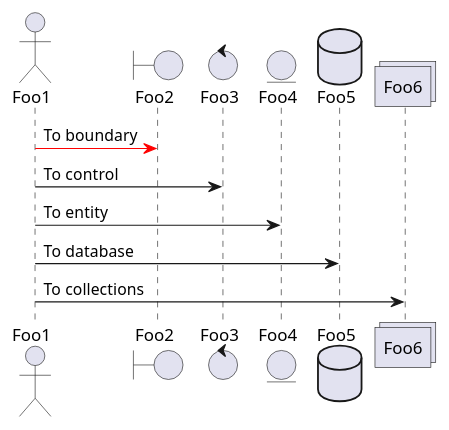
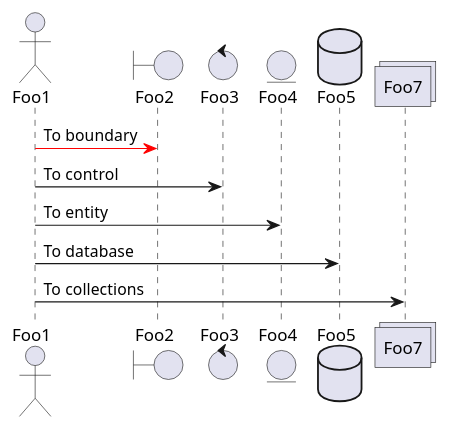
The diagram in foo/sample-sequence.pu (ghoti143/plant-uml-test), drawn with PlantUML before and after one commit.

```diff
--- a/foo/sample-sequence.pu
+++ b/foo/sample-sequence.pu
@@ -1,13 +1,13 @@
 @startuml
 actor Foo1
 boundary Foo2
 control Foo3
 entity Foo4
 database Foo5
-collections Foo6
+collections Foo7
 Foo1 -[#red]> Foo2 : To boundary
 Foo1 -> Foo3 : To control
 Foo1 -> Foo4 : To entity
 Foo1 -> Foo5 : To database
-Foo1 -> Foo6 : To collections
+Foo1 -> Foo7 : To collections
 @enduml
```
